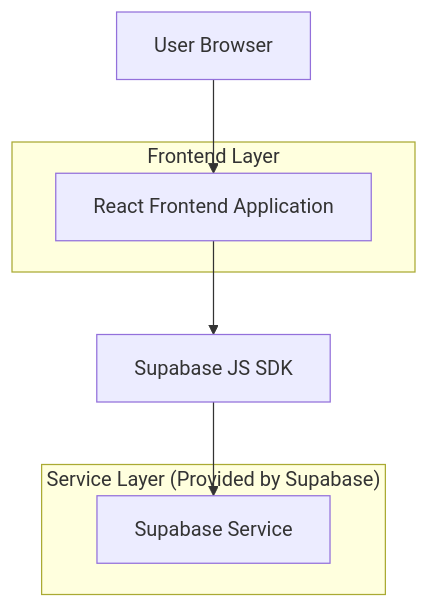
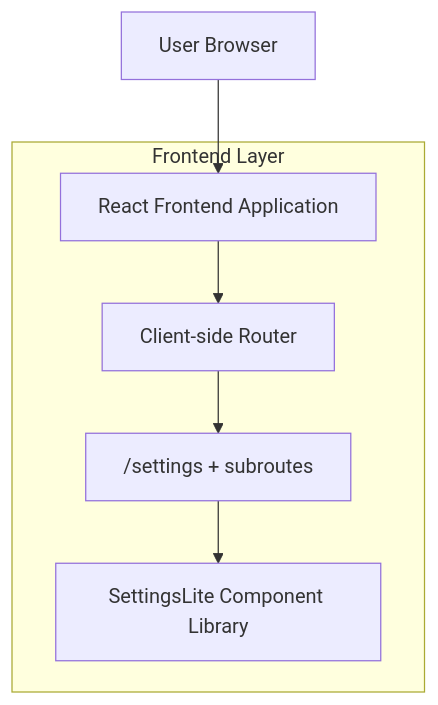
Before and after one commit to kuky13/onedro: the diagram in .trae/documents/technical-architecture-settings.md, drawn with Mermaid. The commit also changed other lines of this file and 15 other files, not shown here.

````diff
--- a/.trae/documents/technical-architecture-settings.md
+++ b/.trae/documents/technical-architecture-settings.md
@@ -2,14 +2,14 @@
 ```mermaid
 graph TD
   A["User Browser"] --> B["React Frontend Application"]
-  B --> C["Supabase JS SDK"]
-  C --> D["Supabase Service"]
+  B --> C["Client-side Router"]
+  C --> D["/settings + subroutes"]
+  D --> E["SettingsLite Component Library"]
 
   subgraph "Frontend Layer"
     B
-  end
-
-  subgraph "Service Layer (Provided by Supabase)"
+    C
     D
+    E
   end
 ```
````
